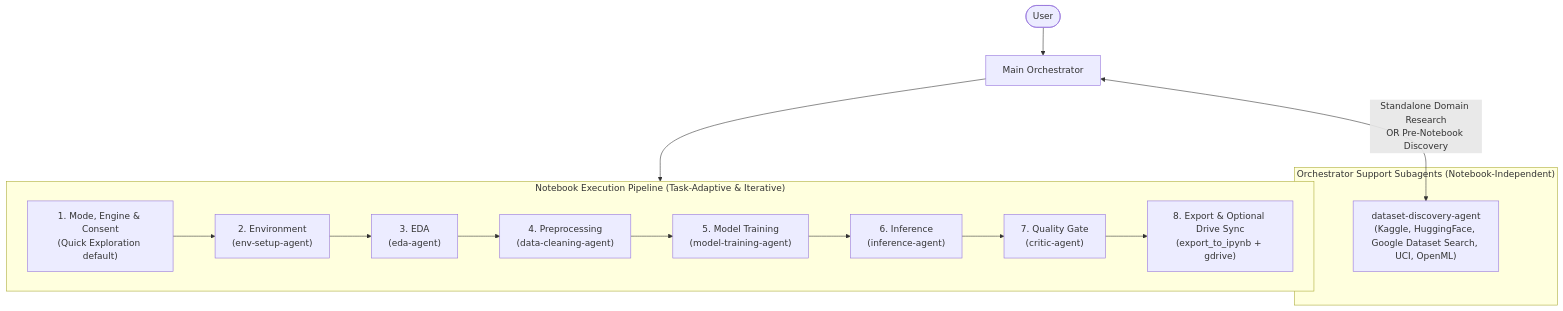
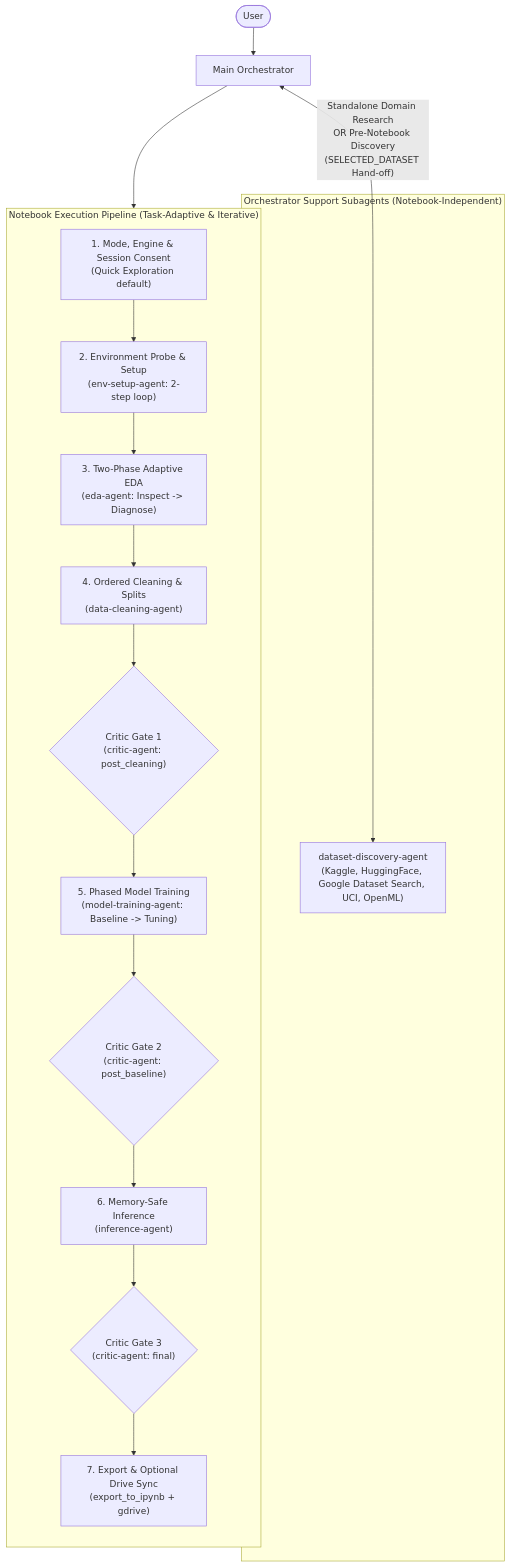
One commit to moka-co/colab-data-scientist-skill changed the diagram in README.md. Above: the diagram before and after it, drawn with Mermaid. The commit also changed other lines of this file, not shown here.

````diff
--- a/README.md
+++ b/README.md
@@ -73,23 +79,25 @@
 ```mermaid
 flowchart TD
     User([User]) --> Orchestrator[Main Orchestrator]
 
     subgraph SupportGroup["Orchestrator Support Subagents (Notebook-Independent)"]
         Discovery["dataset-discovery-agent\n(Kaggle, HuggingFace, Google Dataset Search, UCI, OpenML)"]
     end
 
-    Orchestrator <-->|"Standalone Domain Research\nOR Pre-Notebook Discovery"| Discovery
+    Orchestrator <-->|"Standalone Domain Research\nOR Pre-Notebook Discovery\n(SELECTED_DATASET Hand-off)"| Discovery
 
     subgraph NotebookGroup["Notebook Execution Pipeline (Task-Adaptive & Iterative)"]
-        direction LR
-        A["1. Mode, Engine & Consent\n(Quick Exploration default)"] --> B["2. Environment\n(env-setup-agent)"]
-        B --> C["3. EDA\n(eda-agent)"]
-        C --> D["4. Preprocessing\n(data-cleaning-agent)"]
-        D --> E["5. Model Training\n(model-training-agent)"]
-        E --> F["6. Inference\n(inference-agent)"]
-        F --> G["7. Quality Gate\n(critic-agent)"]
-        G --> H["8. Export & Optional Drive Sync\n(export_to_ipynb + gdrive)"]
+        direction TB
+        A["1. Mode, Engine & Session Consent\n(Quick Exploration default)"] --> B["2. Environment Probe & Setup\n(env-setup-agent: 2-step loop)"]
+        B --> C["3. Two-Phase Adaptive EDA\n(eda-agent: Inspect -> Diagnose)"]
+        C --> D["4. Ordered Cleaning & Splits\n(data-cleaning-agent)"]
+        D --> D_Gate{"Critic Gate 1\n(critic-agent: post_cleaning)"}
+        D_Gate --> E["5. Phased Model Training\n(model-training-agent: Baseline -> Tuning)"]
+        E --> E_Gate{"Critic Gate 2\n(critic-agent: post_baseline)"}
+        E_Gate --> F["6. Memory-Safe Inference\n(inference-agent)"]
+        F --> G{"Critic Gate 3\n(critic-agent: final)"}
+        G --> H["7. Export & Optional Drive Sync\n(export_to_ipynb + gdrive)"]
     end
 
     Orchestrator --> A
 ```
````
